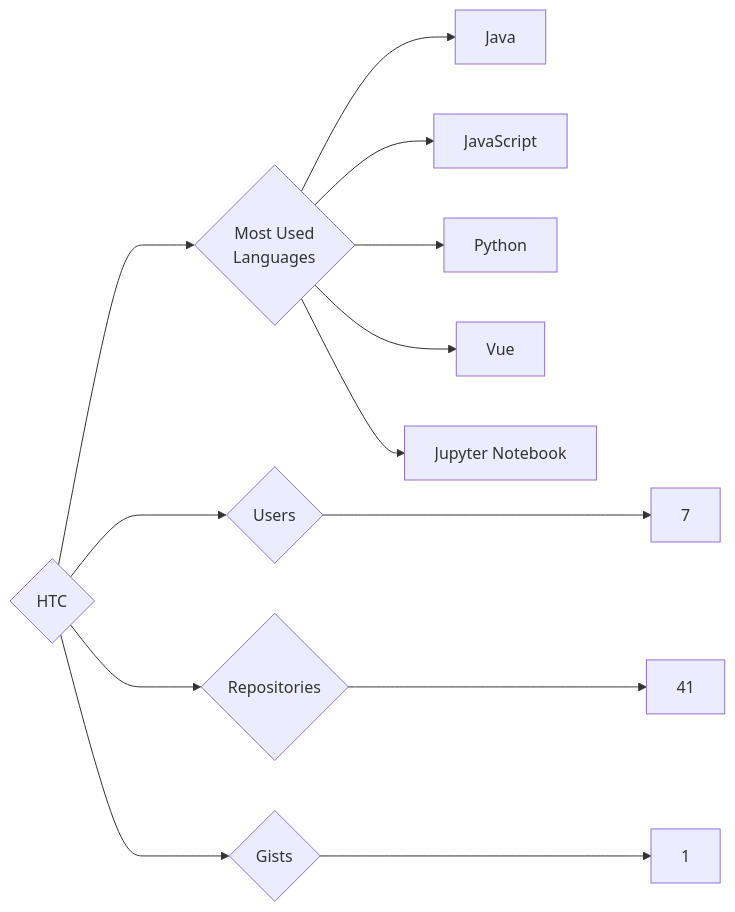
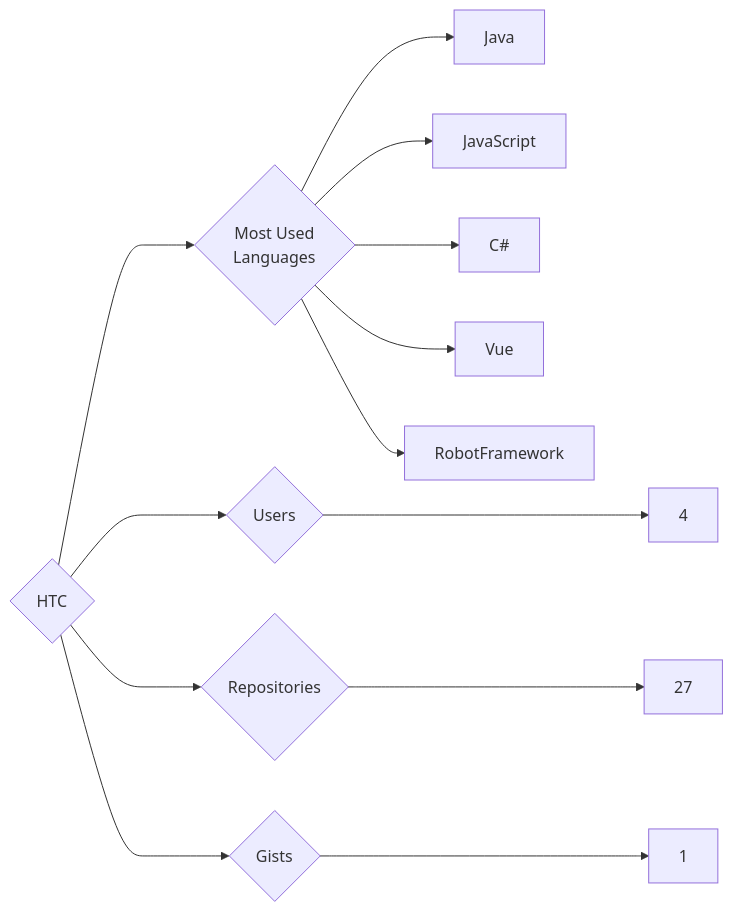
The diagram in targets/HTC/README.md (trickest/insiders), drawn with Mermaid before and after one commit. The commit also changed 1089 other files, not shown here.

````diff
--- a/targets/HTC/README.md
+++ b/targets/HTC/README.md
@@ -3,13 +3,13 @@
 ```mermaid
 graph LR
 COMPANY_NAME{HTC}
-COMPANY_NAME ---> U{Users} ---> UN[7]
-COMPANY_NAME ---> R{Repositories} ---> RN[41]
+COMPANY_NAME ---> U{Users} ---> UN[4]
+COMPANY_NAME ---> R{Repositories} ---> RN[27]
 COMPANY_NAME ---> G{Gists} ---> GN[1]
 COMPANY_NAME ---> ML{Most Used<br>Languages}
 ML --> Java[Java]
 ML --> JavaScript[JavaScript]
-ML --> Python[Python]
+ML --> C#[C#]
 ML --> Vue[Vue]
-ML --> Jupyter_Notebook[Jupyter Notebook]
+ML --> RobotFramework[RobotFramework]
 ```
````
